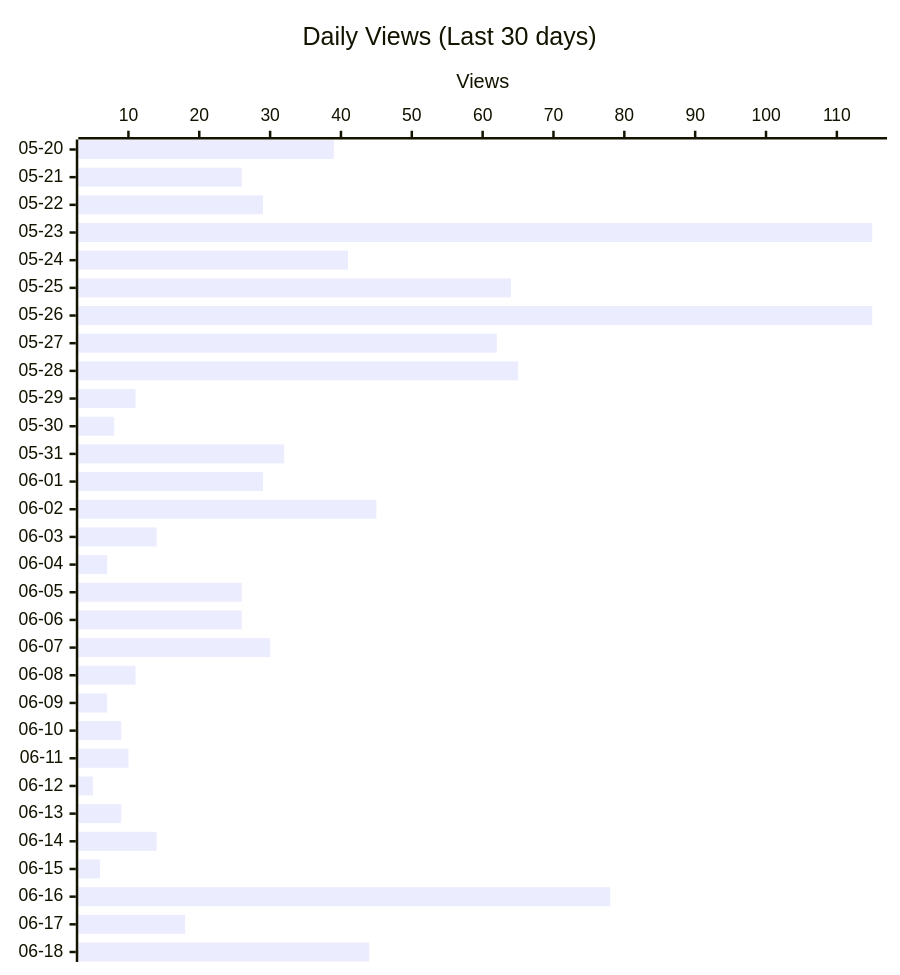
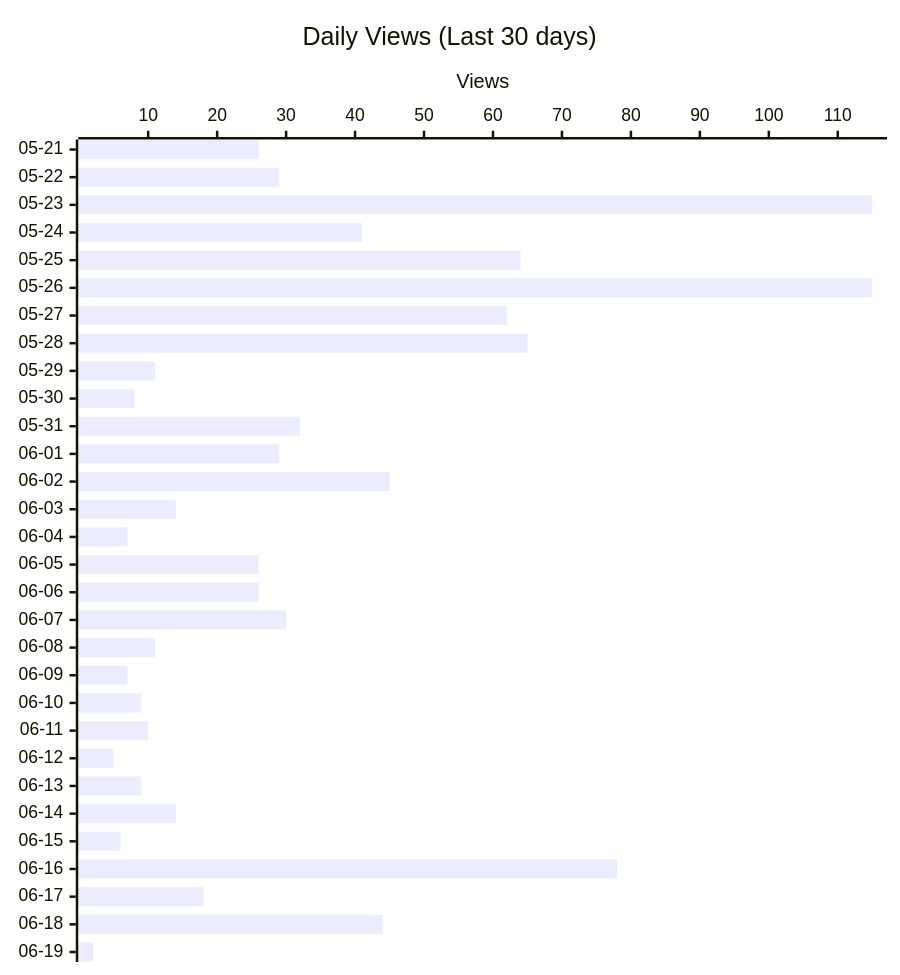
One commit to shigechika/github-insights changed the second of 3 diagrams in README.md. Above: the diagram before and after it, drawn with Mermaid. The commit also changed other lines of this file and 2 other files, not shown here.

````diff
--- a/README.md
+++ b/README.md
@@ -28,12 +28,12 @@
 ```mermaid
 ---
 config:
   xyChart:
     height: 760
 ---
 xychart-beta horizontal
     title "Daily Views (Last 30 days)"
-    x-axis ["05-20", "05-21", "05-22", "05-23", "05-24", "05-25", "05-26", "05-27", "05-28", "05-29", "05-30", "05-31", "06-01", "06-02", "06-03", "06-04", "06-05", "06-06", "06-07", "06-08", "06-09", "06-10", "06-11", "06-12", "06-13", "06-14", "06-15", "06-16", "06-17", "06-18"]
+    x-axis ["05-21", "05-22", "05-23", "05-24", "05-25", "05-26", "05-27", "05-28", "05-29", "05-30", "05-31", "06-01", "06-02", "06-03", "06-04", "06-05", "06-06", "06-07", "06-08", "06-09", "06-10", "06-11", "06-12", "06-13", "06-14", "06-15", "06-16", "06-17", "06-18", "06-19"]
     y-axis "Views"
-    bar [39, 26, 29, 115, 41, 64, 115, 62, 65, 11, 8, 32, 29, 45, 14, 7, 26, 26, 30, 11, 7, 9, 10, 5, 9, 14, 6, 78, 18, 44]
+    bar [26, 29, 115, 41, 64, 115, 62, 65, 11, 8, 32, 29, 45, 14, 7, 26, 26, 30, 11, 7, 9, 10, 5, 9, 14, 6, 78, 18, 44, 2]
 ```
````
